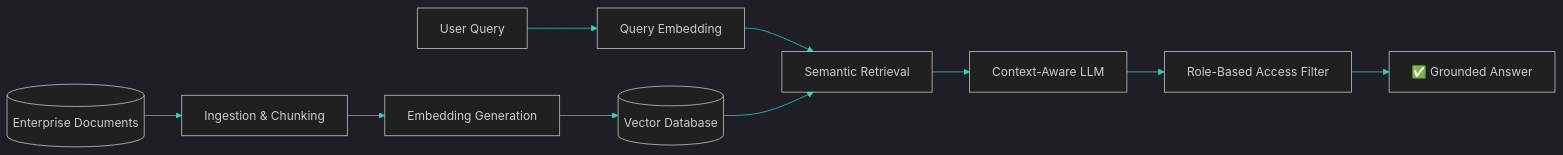
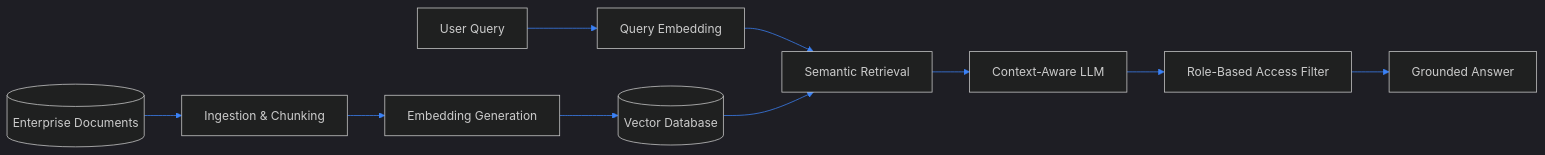
Before and after one commit to mohammedsohail7790/mohammedsohail7790: the fourth of 5 diagrams in README.md, drawn with Mermaid. The commit also changed other lines of this file, not shown here.

````diff
--- a/README.md
+++ b/README.md
@@ -178,13 +193,13 @@
 ```mermaid
-%%{init: {'theme':'dark', 'themeVariables': {'primaryColor':'#12141c','primaryTextColor':'#e8e8e8','primaryBorderColor':'#2dd4bf','lineColor':'#2dd4bf'}}}%%
+%%{init: {'theme':'dark', 'themeVariables': {'primaryColor':'#0A0E17','primaryTextColor':'#E5E7EB','primaryBorderColor':'#3B82F6','lineColor':'#3B82F6'}}}%%
 flowchart LR
     A[(Enterprise Documents)] --> B[Ingestion & Chunking]
     B --> C[Embedding Generation]
     C --> D[(Vector Database)]
     E[User Query] --> F[Query Embedding]
     F --> G[Semantic Retrieval]
     D --> G
     G --> H[Context-Aware LLM]
     H --> I[Role-Based Access Filter]
-    I --> J[✅ Grounded Answer]
+    I --> J[Grounded Answer]
 ```
````
